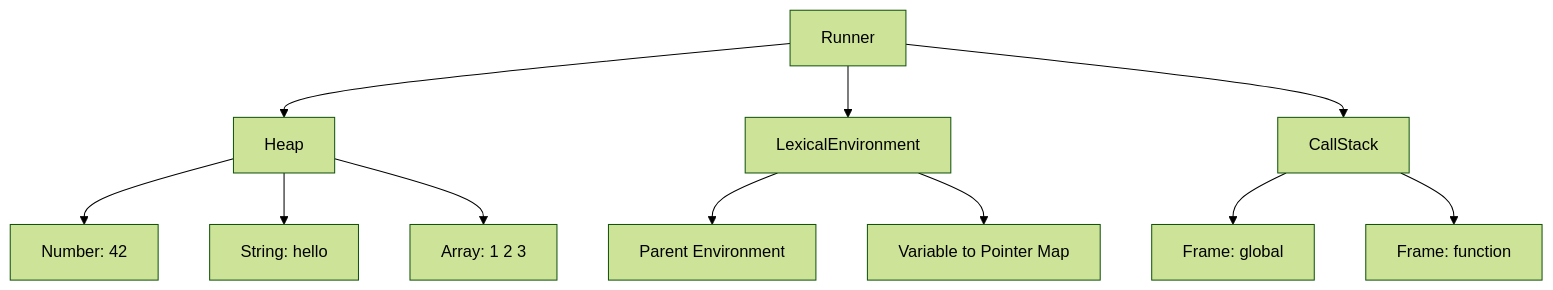
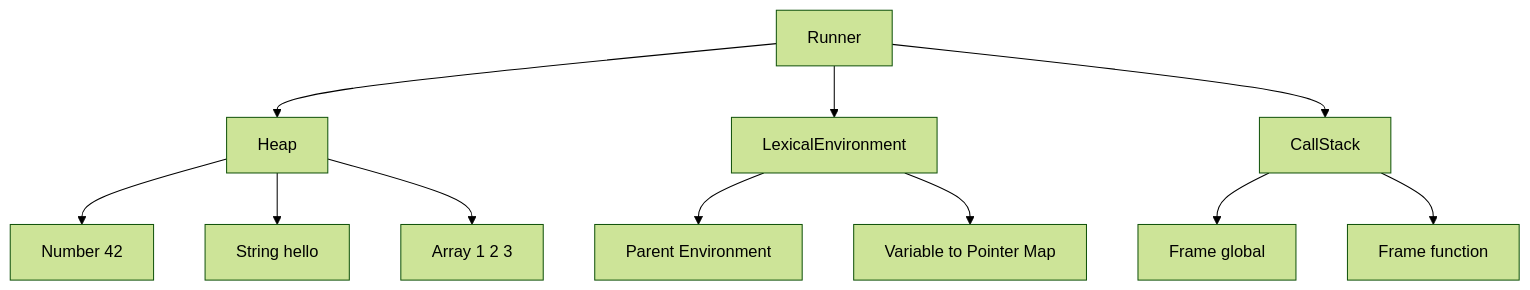
One commit to SoumyaCodercpp/interpreter_ui changed the third of 4 diagrams in README.MD. Above: the diagram before and after it, drawn with Mermaid (forest theme). The commit also changed other lines of this file, not shown here.

````diff
--- a/README.MD
+++ b/README.MD
@@ -249,16 +249,13 @@
 ```mermaid
 flowchart TD
     Runner --> Heap
     Runner --> Env[LexicalEnvironment]
     Runner --> Stack[CallStack]
-    
     Env --> Parent[Parent Environment]
     Env --> Vars[Variable to Pointer Map]
-    
-    Stack --> Frame1[Frame: global]
-    Stack --> Frame2[Frame: function]
-    
-    Heap --> Val1[Number: 42]
-    Heap --> Val2[String: hello]
-    Heap --> Val3[Array: 1 2 3]
+    Stack --> Frame1[Frame global]
+    Stack --> Frame2[Frame function]
+    Heap --> Val1[Number 42]
+    Heap --> Val2[String hello]
+    Heap --> Val3[Array 1 2 3]
 ```
````
